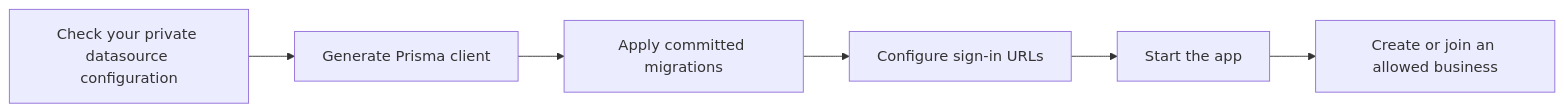
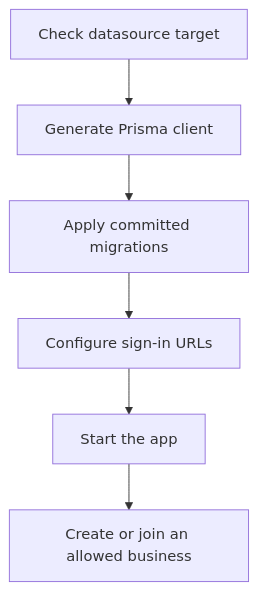
Before and after one commit to marckengland/flowrish-next: the diagram in docs/SETUP_GUIDE.md, drawn with Mermaid. The commit also changed 2 other files, not shown here.

Commit message:
docs: keep flowchart labels readable at page width

````diff
--- a/docs/SETUP_GUIDE.md
+++ b/docs/SETUP_GUIDE.md
@@ -54,8 +54,8 @@
 ```mermaid
-flowchart LR
-    config["Check your private datasource configuration"] --> generate["Generate Prisma client"]
+flowchart TD
+    config["Check datasource target"] --> generate["Generate Prisma client"]
     generate --> migrate["Apply committed migrations"]
     migrate --> auth["Configure sign-in URLs"]
     auth --> start["Start the app"]
     start --> business["Create or join an allowed business"]
 ```
````
